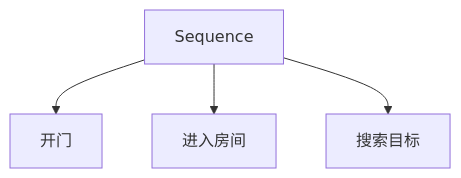
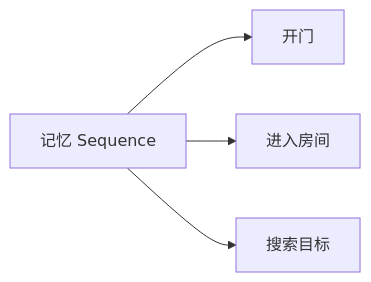
Before and after one commit to fantuan812/learning: the third of 7 diagrams in 知识/06-游戏AI/感知决策与行为规划/03-行为树通用原理.md, drawn with Mermaid. The commit also changed other lines of this file and 8 other files, not shown here.

````diff
--- a/知识/06-游戏AI/感知决策与行为规划/03-行为树通用原理.md
+++ b/知识/06-游戏AI/感知决策与行为规划/03-行为树通用原理.md
@@ -107,6 +98,6 @@
 ```mermaid
-flowchart TD
-    S[Sequence] --> A1[开门]
-    S --> A2[进入房间]
-    S --> A3[搜索目标]
+flowchart LR
+    S[记忆 Sequence] --> A[开门]
+    S --> B[进入房间]
+    S --> C[搜索目标]
 ```
````
